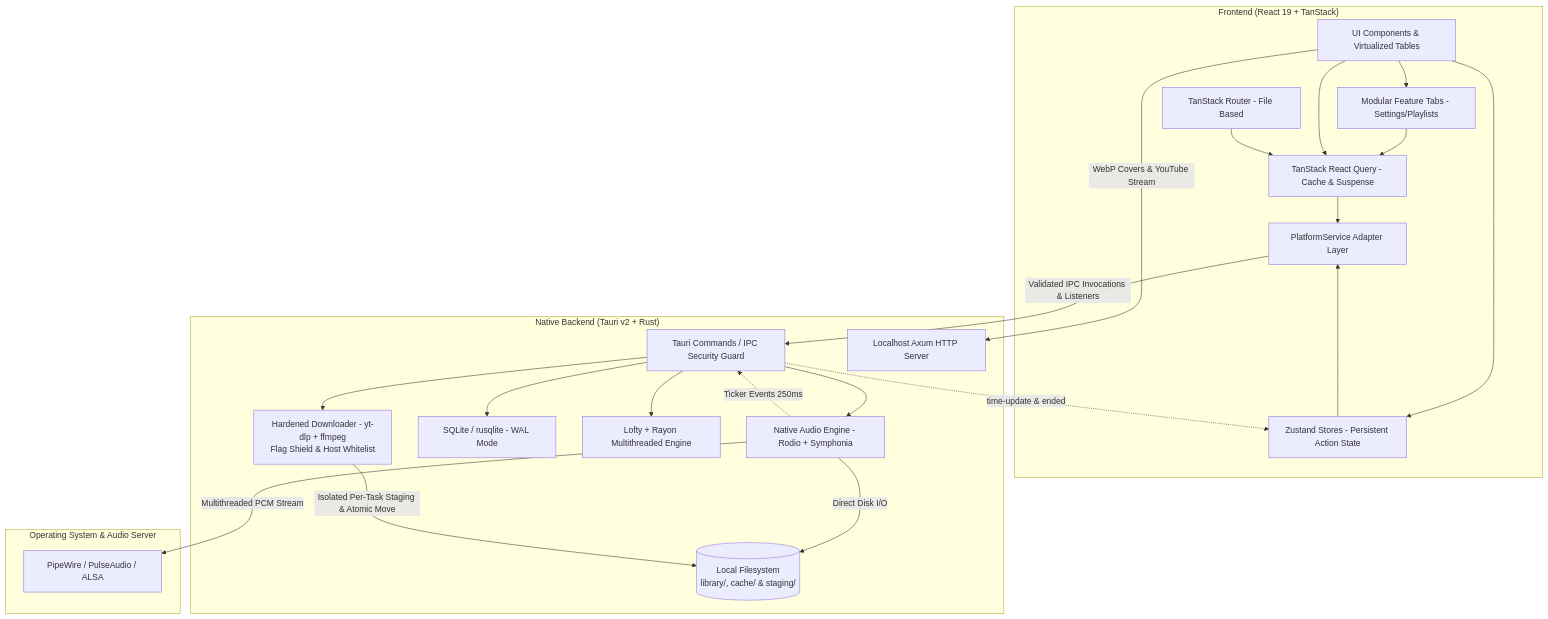
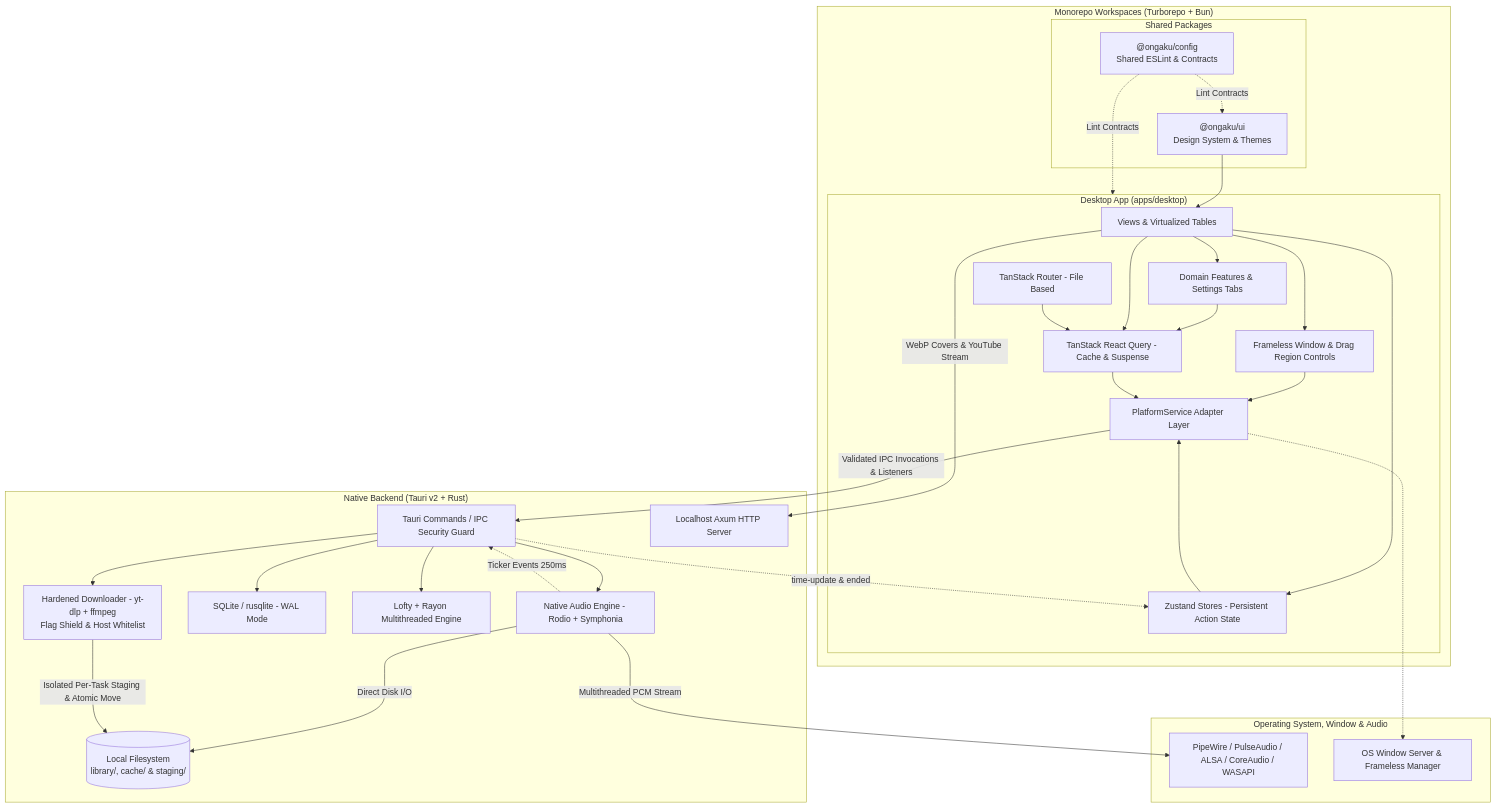
The diagram in docs/en/benchmarks.md (miguedev1047/ongaku), drawn with Mermaid before and after one commit. The commit also changed other lines of this file and 4 other files, not shown here.

First line of the commit message:
docs: update architecture and guides for monorepo and frameless controls

````diff
--- a/docs/en/benchmarks.md
+++ b/docs/en/benchmarks.md
@@ -11,44 +11,59 @@
 ```mermaid
 graph TD
-    subgraph Frontend ["Frontend (React 19 + TanStack)"]
-        UI[UI Components & Virtualized Tables]
-        TABS[Modular Feature Tabs - Settings/Playlists]
-        TR[TanStack Router - File Based]
-        TQ[TanStack React Query - Cache & Suspense]
-        ZS[Zustand Stores - Persistent Action State]
-        ADAPT[PlatformService Adapter Layer]
+    subgraph Monorepo ["Monorepo Workspaces (Turborepo + Bun)"]
+        subgraph Packages ["Shared Packages"]
+            UIKIT["@ongaku/ui\nDesign System & Themes"]
+            CONF["@ongaku/config\nShared ESLint & Contracts"]
+        end
+
+        subgraph DesktopApp ["Desktop App (apps/desktop)"]
+            UI[Views & Virtualized Tables]
+            TABS[Domain Features & Settings Tabs]
+            WIN[Frameless Window & Drag Region Controls]
+            TR[TanStack Router - File Based]
+            TQ[TanStack React Query - Cache & Suspense]
+            ZS[Zustand Stores - Persistent Action State]
+            ADAPT[PlatformService Adapter Layer]
+        end
     end
 
     subgraph Backend ["Native Backend (Tauri v2 + Rust)"]
         CMD[Tauri Commands / IPC Security Guard]
         RODIO[Native Audio Engine - Rodio + Symphonia]
         AXUM[Localhost Axum HTTP Server]
         SQL[SQLite / rusqlite - WAL Mode]
         META[Lofty + Rayon Multithreaded Engine]
         POOL[Hardened Downloader - yt-dlp + ffmpeg\nFlag Shield & Host Whitelist]
         FS[("Local Filesystem\nlibrary/, cache/ & staging/")]
     end
 
-    subgraph OS ["Operating System & Audio Server"]
-        AUDIO[PipeWire / PulseAudio / ALSA]
+    subgraph OS ["Operating System, Window & Audio"]
+        AUDIO[PipeWire / PulseAudio / ALSA / CoreAudio / WASAPI]
+        WND[OS Window Server & Frameless Manager]
     end
 
+    UIKIT --> UI
+    CONF -.->|Lint Contracts| DesktopApp
+    CONF -.->|Lint Contracts| UIKIT
     UI --> TABS
+    UI --> WIN
+    WIN --> ADAPT
+    ADAPT -.-> WND
     TABS --> TQ
     UI --> TQ
     UI --> ZS
     TR --> TQ
     TQ --> ADAPT
     ZS --> ADAPT
     ADAPT -->|Validated IPC Invocations & Listeners| CMD
     UI -->|WebP Covers & YouTube Stream| AXUM
     CMD --> RODIO
     CMD --> SQL
     CMD --> META
     CMD --> POOL
     RODIO -->|Direct Disk I/O| FS
     POOL -->|Isolated Per-Task Staging & Atomic Move| FS
     RODIO -->|Multithreaded PCM Stream| AUDIO
     RODIO -.->|Ticker Events 250ms| CMD
     CMD -.->|time-update & ended| ZS
 ```
````
